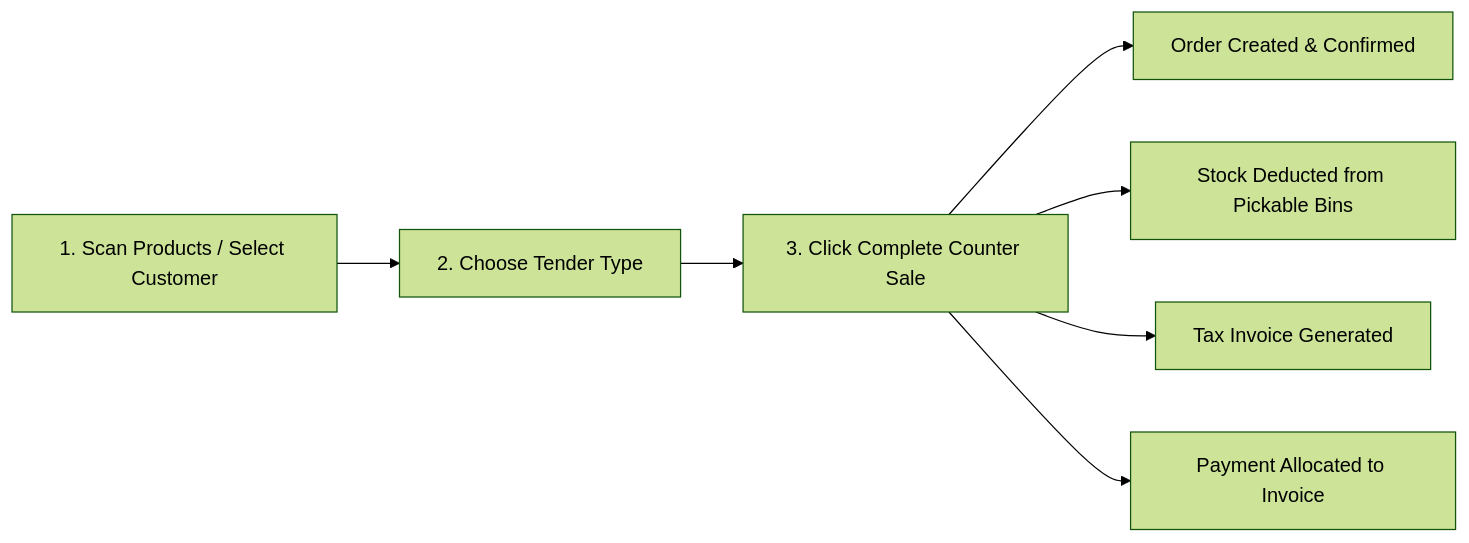
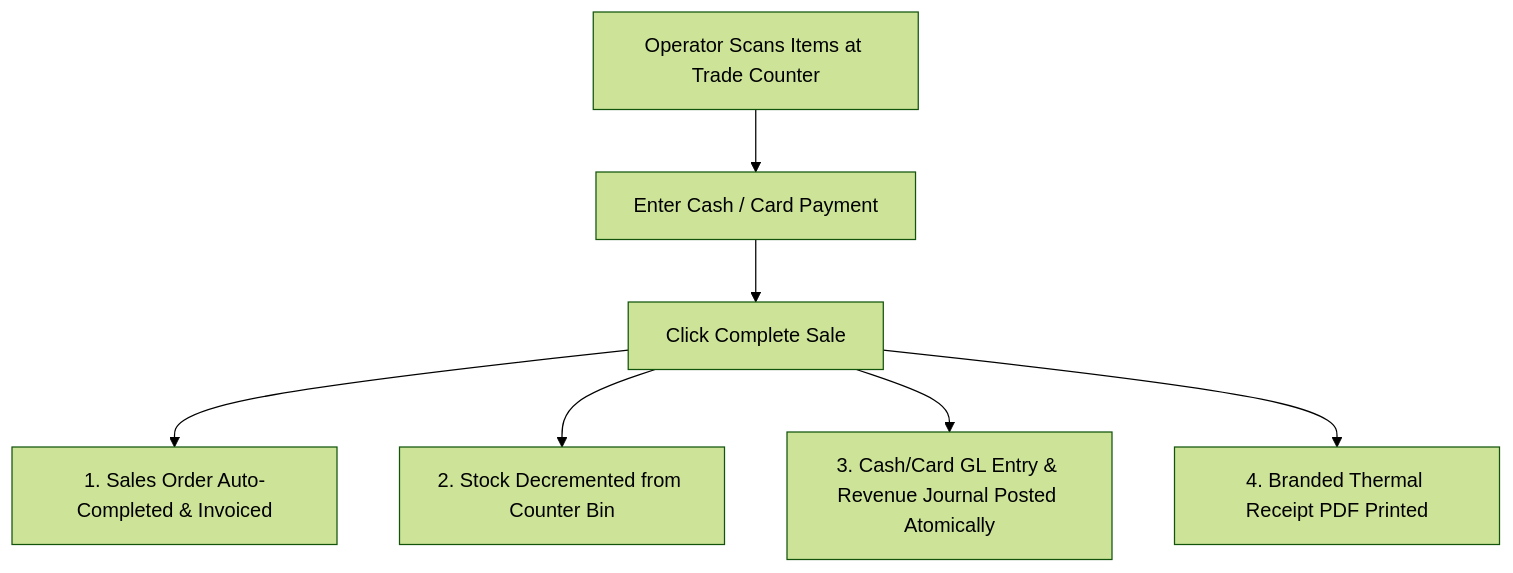
Before and after one commit to herobmdotcom/herobm: the diagram in docs/user/over_the_counter_sales.md, drawn with Mermaid (forest theme). The commit also changed other lines of this file and 32 other files, not shown here.

````diff
--- a/docs/user/over_the_counter_sales.md
+++ b/docs/user/over_the_counter_sales.md
@@ -63,9 +37,9 @@
 ```mermaid
-flowchart LR
-    A[1. Scan Products / Select Customer] --> B[2. Choose Tender Type]
-    B --> C[3. Click Complete Counter Sale]
-    C --> D[Order Created & Confirmed]
-    C --> E[Stock Deducted from Pickable Bins]
-    C --> F[Tax Invoice Generated]
-    C --> G[Payment Allocated to Invoice]
+flowchart TD
+    A[Operator Scans Items at Trade Counter] --> B[Enter Cash / Card Payment]
+    B --> C[Click Complete Sale]
+    C --> D[1. Sales Order Auto-Completed & Invoiced]
+    C --> E[2. Stock Decremented from Counter Bin]
+    C --> F[3. Cash/Card GL Entry & Revenue Journal Posted Atomically]
+    C --> G[4. Branded Thermal Receipt PDF Printed]
 ```
````
